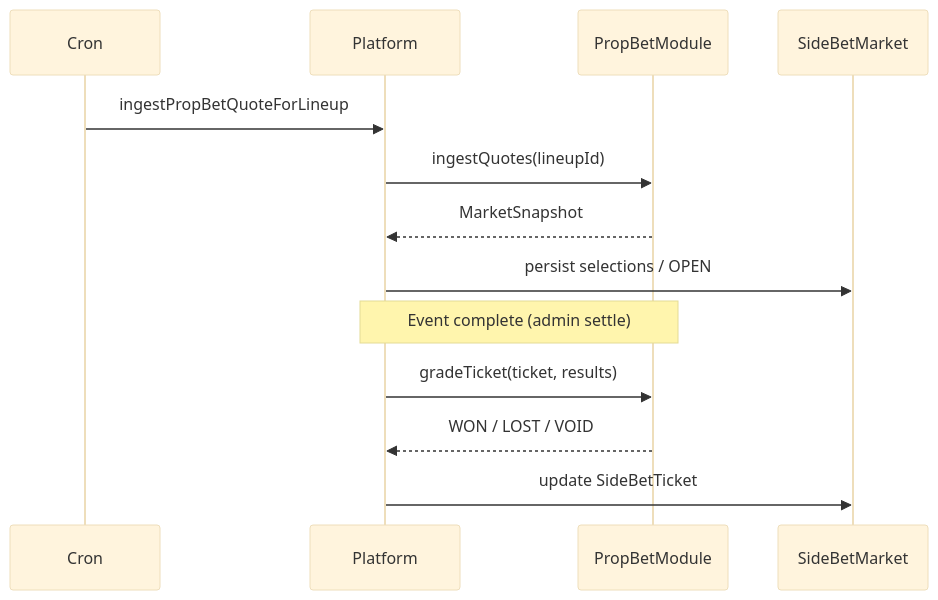
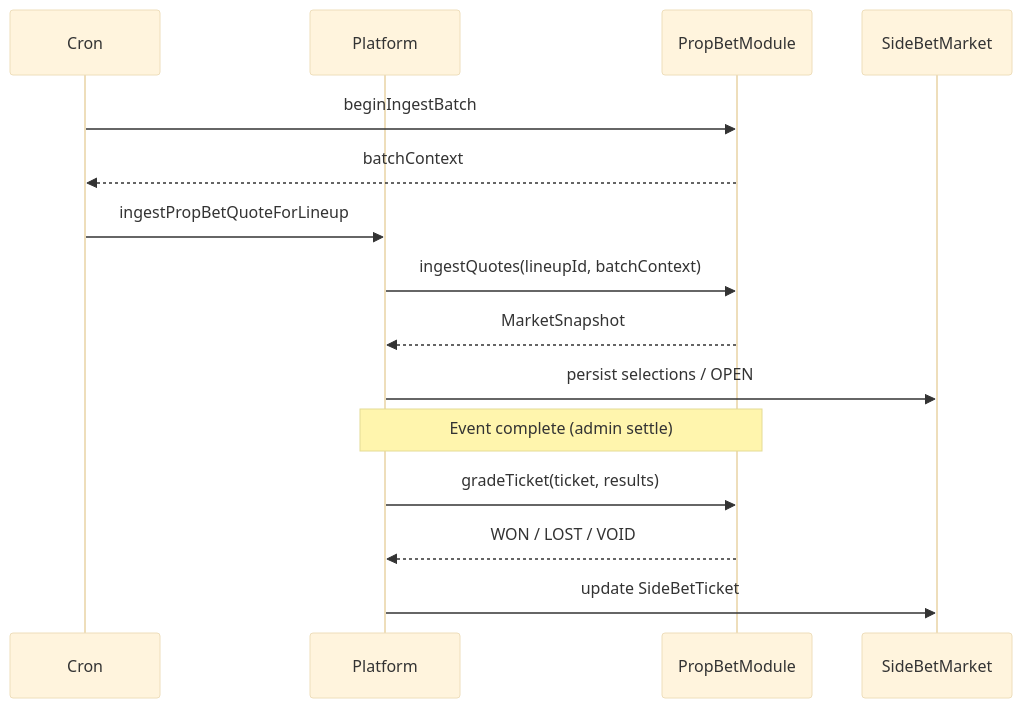
The diagram in spec/platform/plugins.md (MagRelo/cut), drawn with Mermaid (base theme) before and after one commit. The commit also changed other lines of this file and 70 other files, not shown here.

````diff
--- a/spec/platform/plugins.md
+++ b/spec/platform/plugins.md
@@ -147,17 +168,19 @@
 ```mermaid
 sequenceDiagram
   participant Cron
   participant Platform
   participant Prop as PropBetModule
   participant DB as SideBetMarket
 
+  Cron->>Prop: beginIngestBatch
+  Prop-->>Cron: batchContext
   Cron->>Platform: ingestPropBetQuoteForLineup
-  Platform->>Prop: ingestQuotes(lineupId)
+  Platform->>Prop: ingestQuotes(lineupId, batchContext)
   Prop-->>Platform: MarketSnapshot
   Platform->>DB: persist selections / OPEN
 
   Note over Platform,Prop: Event complete (admin settle)
   Platform->>Prop: gradeTicket(ticket, results)
   Prop-->>Platform: WON / LOST / VOID
   Platform->>DB: update SideBetTicket
 ```
````
